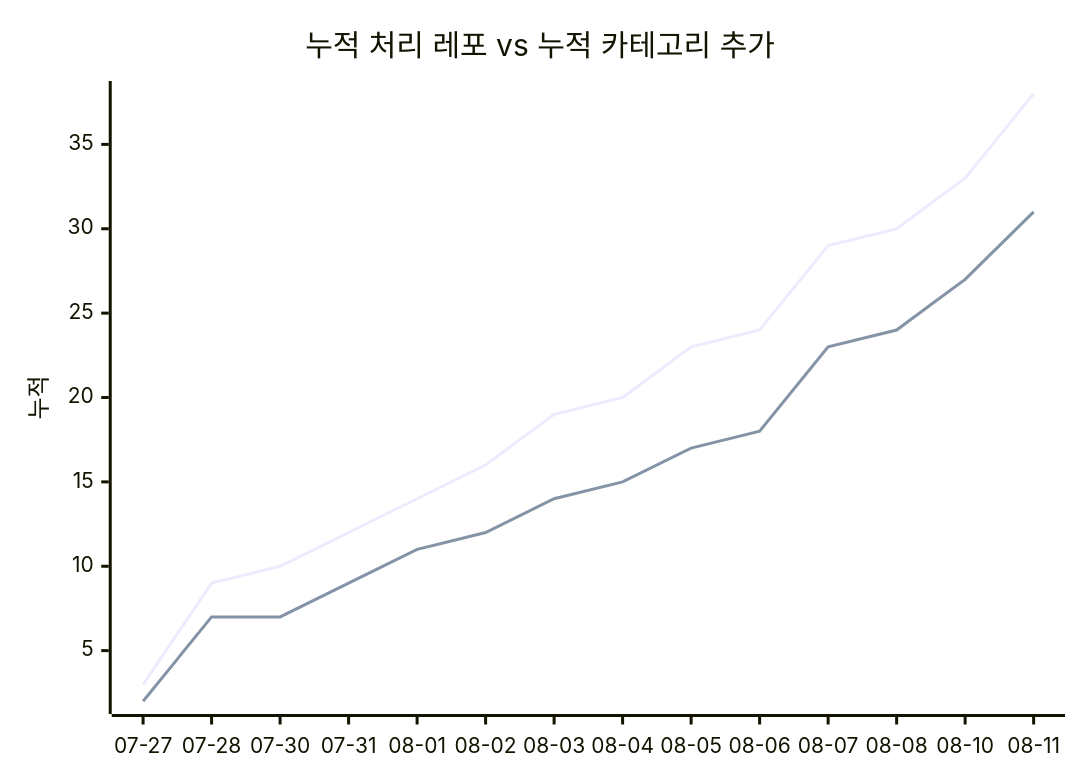
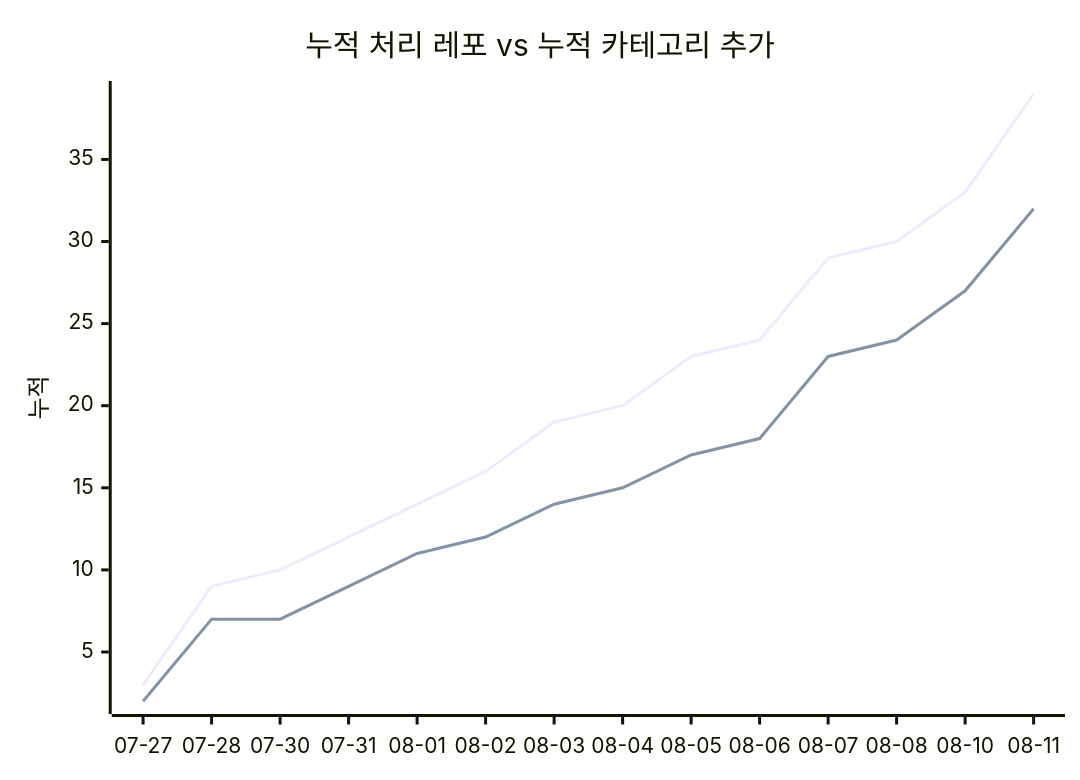
One commit to J-nowcow/awesome-korean-agent-skills changed the second of 2 diagrams in docs/trends.md. Above: the diagram before and after it, drawn with Mermaid. The commit also changed other lines of this file and 3 other files, not shown here.

````diff
--- a/docs/trends.md
+++ b/docs/trends.md
@@ -68,8 +68,8 @@
 ```mermaid
 xychart-beta
     title "누적 처리 레포 vs 누적 카테고리 추가"
     x-axis ["07-27","07-28","07-30","07-31","08-01","08-02","08-03","08-04","08-05","08-06","08-07","08-08","08-10","08-11"]
     y-axis "누적"
-    line [3,9,10,12,14,16,19,20,23,24,29,30,33,38]
-    line [2,7,7,9,11,12,14,15,17,18,23,24,27,31]
+    line [3,9,10,12,14,16,19,20,23,24,29,30,33,39]
+    line [2,7,7,9,11,12,14,15,17,18,23,24,27,32]
 ```
````
